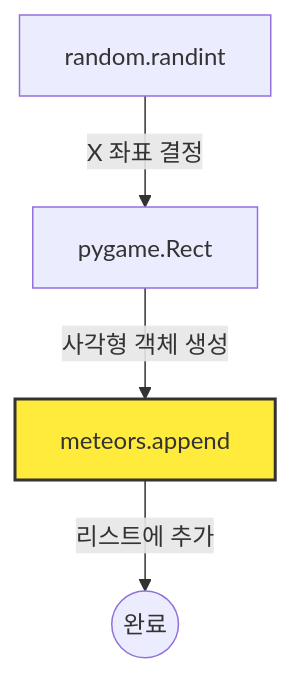
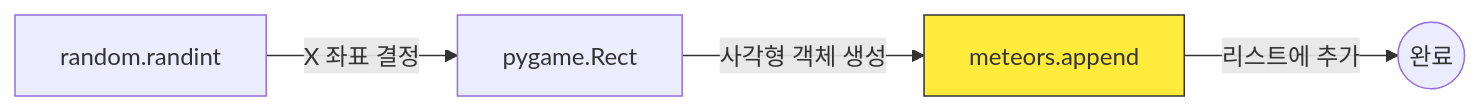
The first of 2 diagrams in practice/data/content/pygame_marp_course/lesson02_meteor_drop/lesson/slide.md (sleepyhood/StepCode), drawn with Mermaid before and after one commit. The commit also changed other lines of this file and 25 other files, not shown here.

````diff
--- a/practice/data/content/pygame_marp_course/lesson02_meteor_drop/lesson/slide.md
+++ b/practice/data/content/pygame_marp_course/lesson02_meteor_drop/lesson/slide.md
@@ -59,7 +48,7 @@
 ```mermaid
-graph TD
+graph LR
     A[random.randint] -- "X 좌표 결정" --> B[pygame.Rect]
     B -- "사각형 객체 생성" --> C[meteors.append]
     C -- "리스트에 추가" --> D((완료))
-    style C fill:#ffeb3b,stroke:#333,stroke-width:2px
+    style C fill:#ffeb3b,stroke:#333
 ```
````
